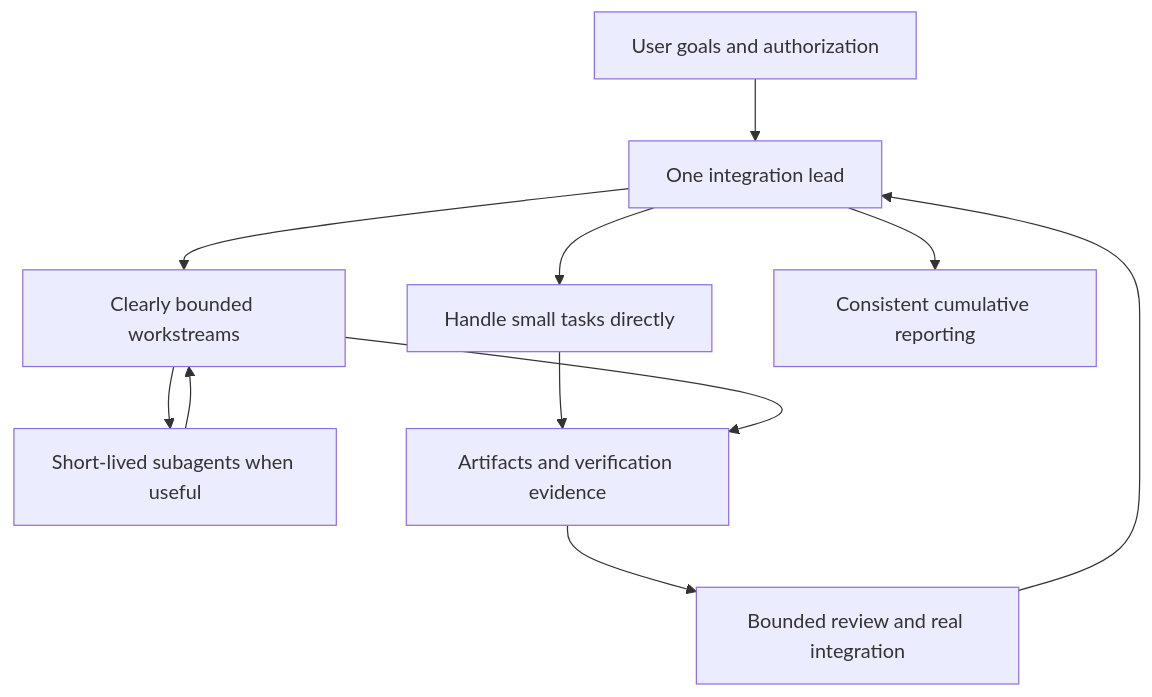
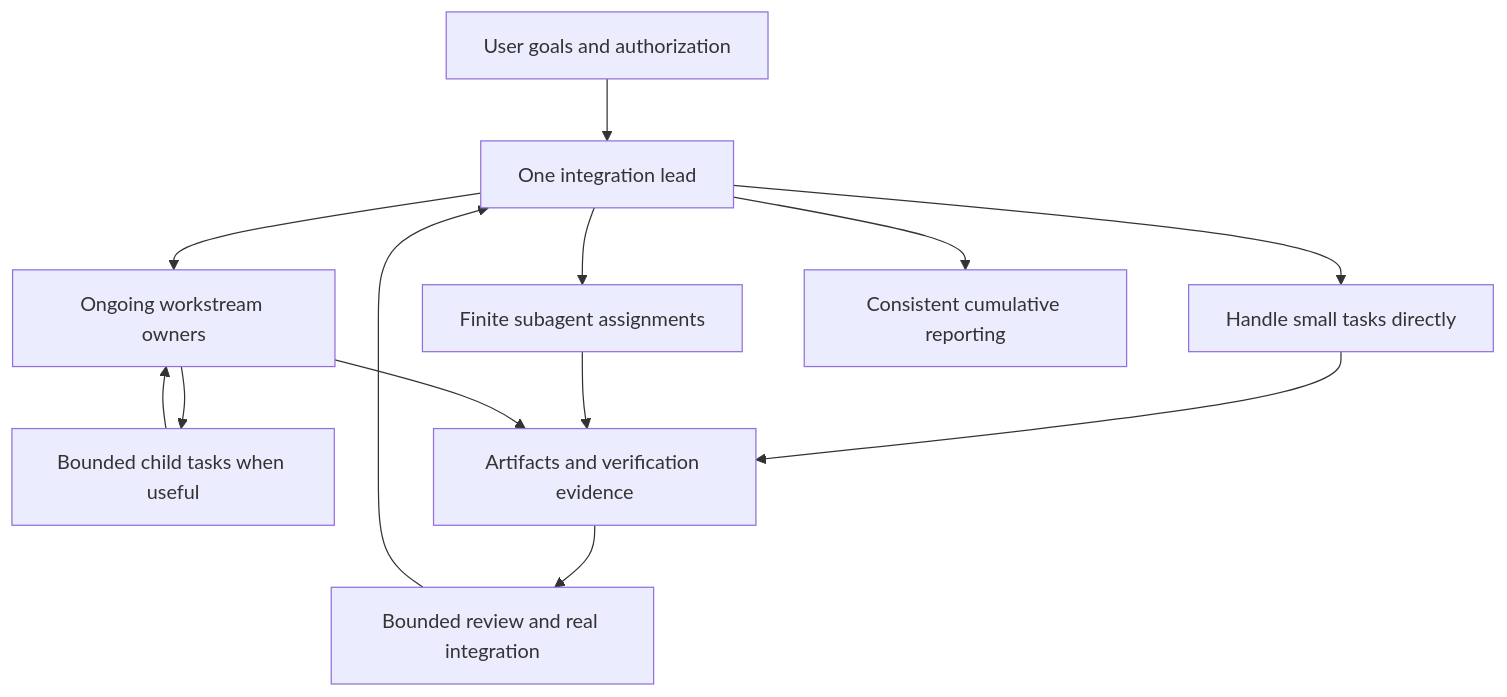
One commit to Eloiseyt/project-coordination changed the diagram in README.md. Above: the diagram before and after it, drawn with Mermaid. The commit also changed other lines of this file and 12 other files, not shown here.

````diff
--- a/README.md
+++ b/README.md
@@ -21,13 +31,15 @@
 ```mermaid
 flowchart TD
   U[User goals and authorization] --> L[One integration lead]
   L --> D[Handle small tasks directly]
-  L --> W[Clearly bounded workstreams]
-  W --> S[Short-lived subagents when useful]
+  L --> W[Ongoing workstream owners]
+  L --> S[Finite subagent assignments]
+  W --> C[Bounded child tasks when useful]
   D --> E[Artifacts and verification evidence]
-  S --> W
+  S --> E
+  C --> W
   W --> E
   E --> R[Bounded review and real integration]
   R --> L
   L --> P[Consistent cumulative reporting]
 ```
````
